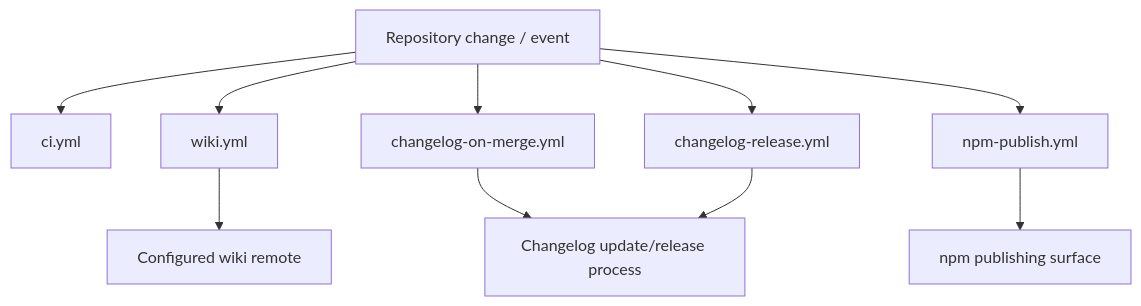
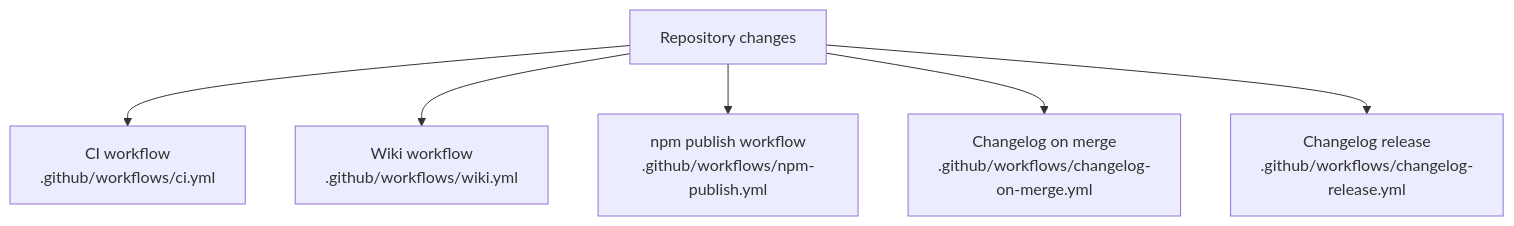
One commit to mfittko/repo-wiki changed the fourth of 4 diagrams in Architecture.md. Above: the diagram before and after it, drawn with Mermaid. The commit also changed other lines of this file and 48 other files, not shown here.

Commit message:
Compile repository wiki 2026-06-13T21:32:59.895Z

````diff
--- a/Architecture.md
+++ b/Architecture.md
@@ -248,20 +277,15 @@
 ```mermaid
 flowchart TB
-  Change["Repository change / event"]
-  CI["ci.yml"]
-  Wiki["wiki.yml"]
-  ChangelogMerge["changelog-on-merge.yml"]
-  ChangelogRelease["changelog-release.yml"]
-  NpmPublish["npm-publish.yml"]
+    Repo["Repository changes"]
+    CI["CI workflow<br/>.github/workflows/ci.yml"]
+    Wiki["Wiki workflow<br/>.github/workflows/wiki.yml"]
+    Npm["npm publish workflow<br/>.github/workflows/npm-publish.yml"]
+    ChangelogMerge["Changelog on merge<br/>.github/workflows/changelog-on-merge.yml"]
+    ChangelogRelease["Changelog release<br/>.github/workflows/changelog-release.yml"]
 
-  Change --> CI
-  Change --> Wiki
-  Change --> ChangelogMerge
-  Change --> ChangelogRelease
-  Change --> NpmPublish
-
-  Wiki --> WikiRemote["Configured wiki remote"]
-  ChangelogMerge --> ChangelogState["Changelog update/release process"]
-  ChangelogRelease --> ChangelogState
-  NpmPublish --> NpmRegistry["npm publishing surface"]
+    Repo --> CI
+    Repo --> Wiki
+    Repo --> Npm
+    Repo --> ChangelogMerge
+    Repo --> ChangelogRelease
 ```
````
